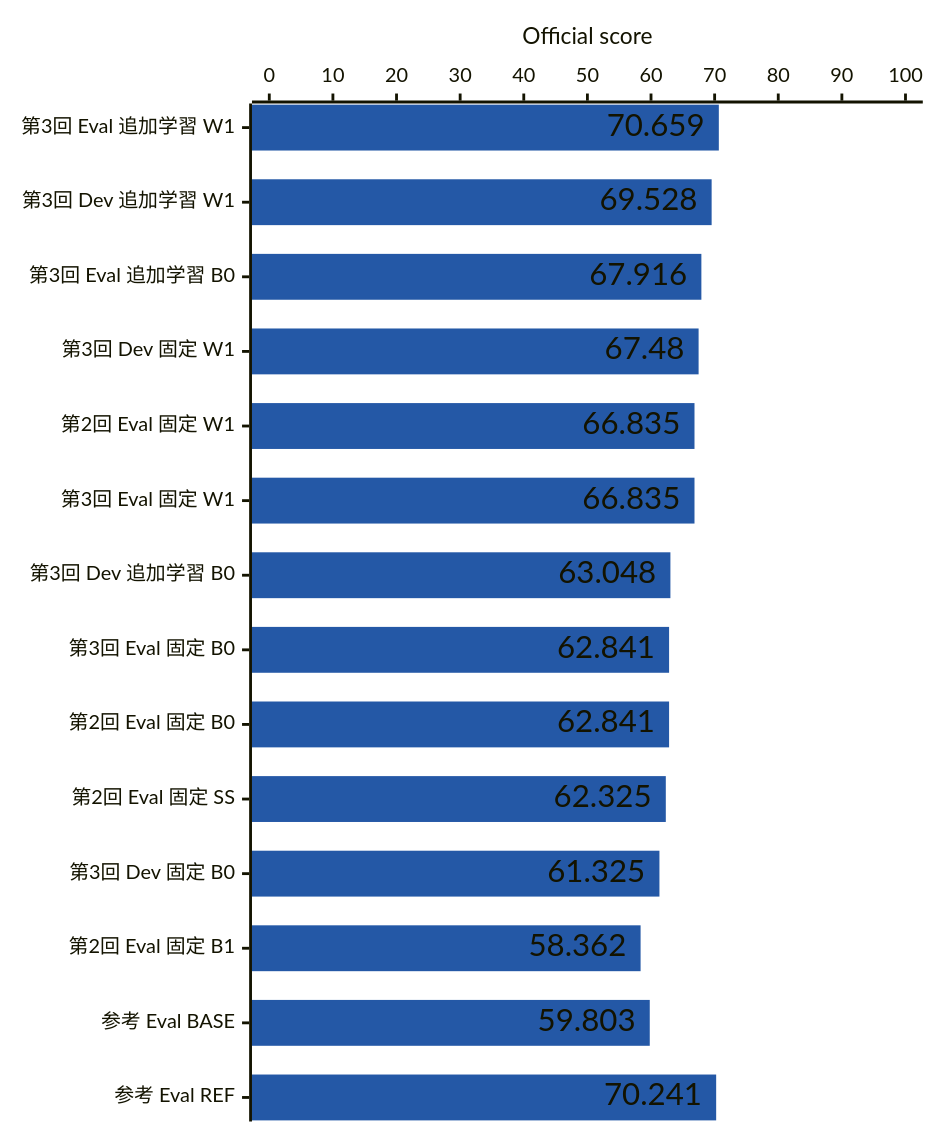
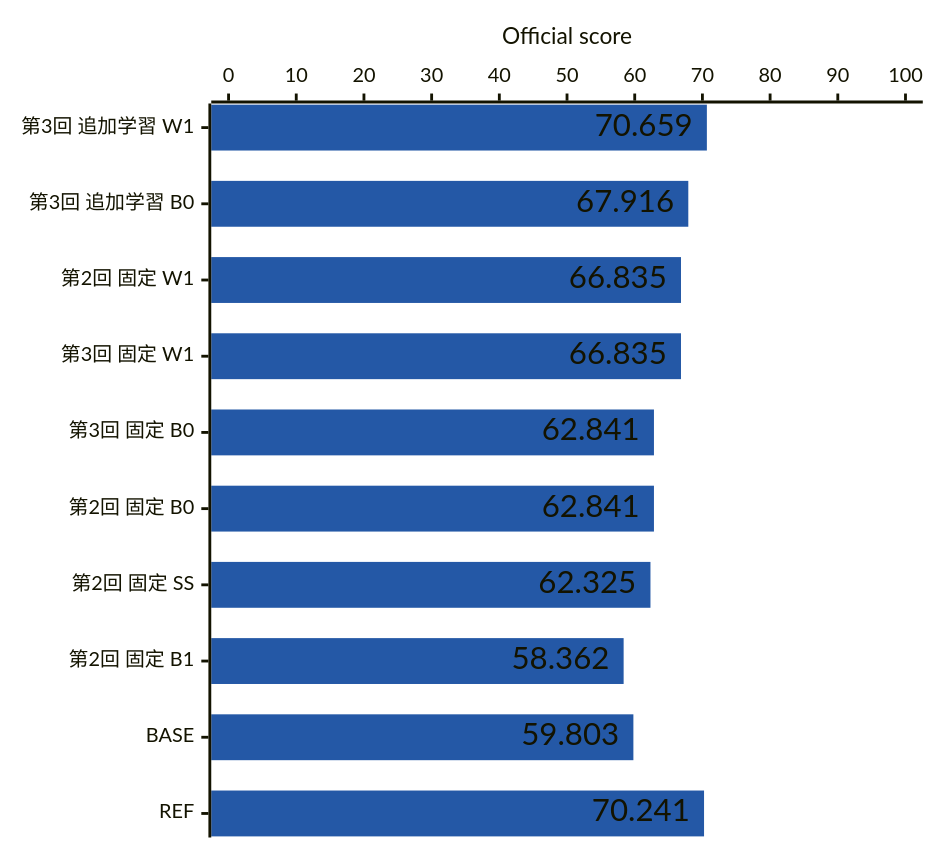
One commit to kasahart/asd-experiments changed the first of 2 diagrams in README.md. Above: the diagram before and after it, drawn with Mermaid. The commit also changed other lines of this file and 5 other files, not shown here.

First line of the commit message:
Split the score chart by dataset

````diff
--- a/README.md
+++ b/README.md
@@ -64,17 +64,17 @@
 ```mermaid
 ---
 config:
     xyChart:
         width: 640
-        height: 780
+        height: 580
         showDataLabel: true
     themeVariables:
         xyChart:
             plotColorPalette: "#2458a6"
-    themeCSS: ".bar-plot-0 rect:nth-child(n+13) { fill: #9099a5; }"
+    themeCSS: ".bar-plot-0 rect:nth-child(n+9) { fill: #9099a5; }"
 ---
 xychart-beta horizontal
-    x-axis ["第3回 Eval 追加学習 W1", "第3回 Dev 追加学習 W1", "第3回 Eval 追加学習 B0", "第3回 Dev 固定 W1", "第2回 Eval 固定 W1", "第3回 Eval 固定 W1", "第3回 Dev 追加学習 B0", "第3回 Eval 固定 B0", "第2回 Eval 固定 B0", "第2回 Eval 固定 SS", "第3回 Dev 固定 B0", "第2回 Eval 固定 B1", "参考 Eval BASE", "参考 Eval REF"]
+    x-axis ["第3回 追加学習 W1", "第3回 追加学習 B0", "第2回 固定 W1", "第3回 固定 W1", "第3回 固定 B0", "第2回 固定 B0", "第2回 固定 SS", "第2回 固定 B1", "BASE", "REF"]
     y-axis "Official score" 0 --> 100
-    bar [70.659, 69.528, 67.916, 67.480, 66.835, 66.835, 63.048, 62.841, 62.841, 62.325, 61.325, 58.362, 59.803, 70.241]
+    bar [70.659, 67.916, 66.835, 66.835, 62.841, 62.841, 62.325, 58.362, 59.803, 70.241]
 ```
````
